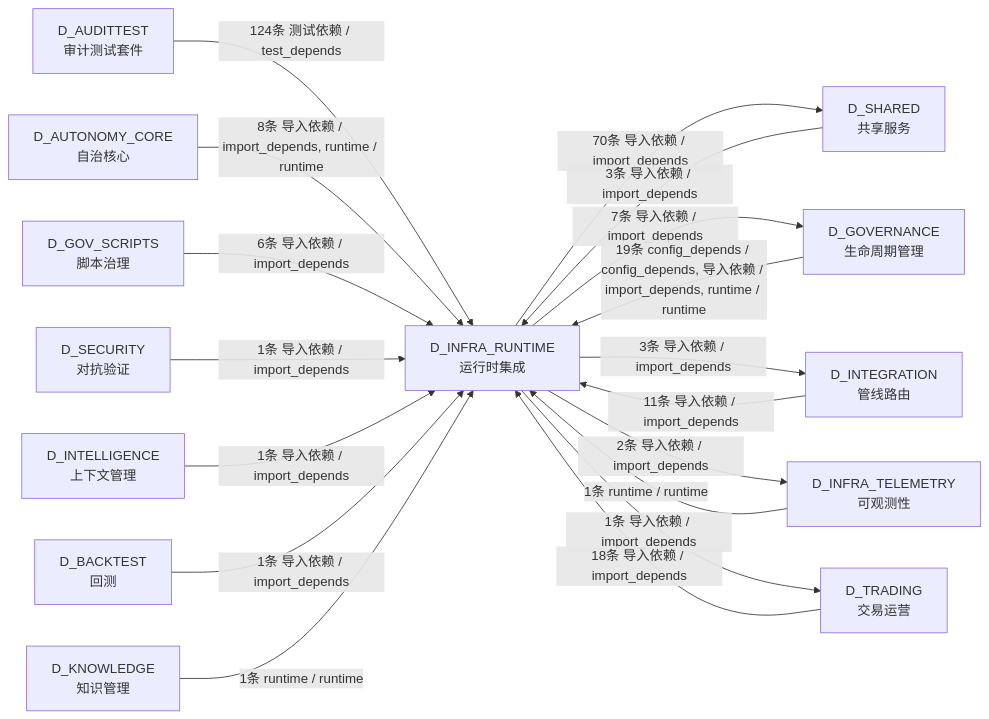
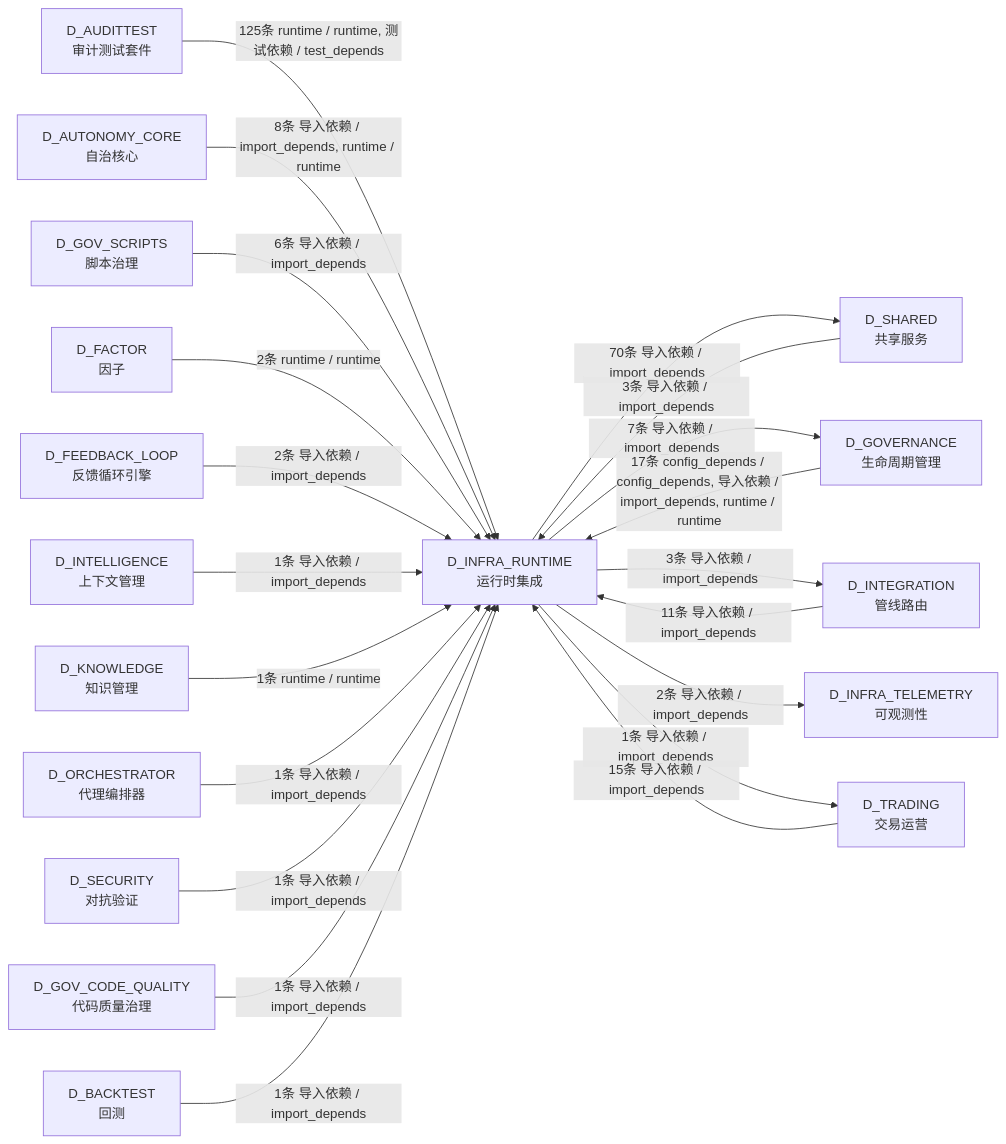
The ninth of 9 diagrams in docs/02_enterprise_architecture/02_domain_architecture_docs/04_d_infra_runtime.md (xuanFelixVan/ZephyrAlpha), drawn with Mermaid before and after one commit. The commit also changed other lines of this file and 85 other files, not shown here.

````diff
--- a/docs/02_enterprise_architecture/02_domain_architecture_docs/04_d_infra_runtime.md
+++ b/docs/02_enterprise_architecture/02_domain_architecture_docs/04_d_infra_runtime.md
@@ -1307,33 +1314,40 @@
 ```mermaid
 graph LR
     D_INFRA_RUNTIME["D_INFRA_RUNTIME<br/>运行时集成"]
     D_SHARED["D_SHARED<br/>共享服务"]
     D_GOVERNANCE["D_GOVERNANCE<br/>生命周期管理"]
     D_INTEGRATION["D_INTEGRATION<br/>管线路由"]
     D_INFRA_TELEMETRY["D_INFRA_TELEMETRY<br/>可观测性"]
     D_TRADING["D_TRADING<br/>交易运营"]
     D_AUDITTEST["D_AUDITTEST<br/>审计测试套件"]
     D_AUTONOMY_CORE["D_AUTONOMY_CORE<br/>自治核心"]
     D_GOV_SCRIPTS["D_GOV_SCRIPTS<br/>脚本治理"]
+    D_FACTOR["D_FACTOR<br/>因子"]
+    D_FEEDBACK_LOOP["D_FEEDBACK_LOOP<br/>反馈循环引擎"]
+    D_INTELLIGENCE["D_INTELLIGENCE<br/>上下文管理"]
+    D_KNOWLEDGE["D_KNOWLEDGE<br/>知识管理"]
+    D_ORCHESTRATOR["D_ORCHESTRATOR<br/>代理编排器"]
     D_SECURITY["D_SECURITY<br/>对抗验证"]
-    D_INTELLIGENCE["D_INTELLIGENCE<br/>上下文管理"]
+    D_GOV_CODE_QUALITY["D_GOV_CODE_QUALITY<br/>代码质量治理"]
     D_BACKTEST["D_BACKTEST<br/>回测"]
-    D_KNOWLEDGE["D_KNOWLEDGE<br/>知识管理"]
     D_INFRA_RUNTIME -->|70条 导入依赖 / import_depends| D_SHARED
     D_INFRA_RUNTIME -->|7条 导入依赖 / import_depends| D_GOVERNANCE
     D_INFRA_RUNTIME -->|3条 导入依赖 / import_depends| D_INTEGRATION
     D_INFRA_RUNTIME -->|2条 导入依赖 / import_depends| D_INFRA_TELEMETRY
     D_INFRA_RUNTIME -->|1条 导入依赖 / import_depends| D_TRADING
-    D_AUDITTEST -->|124条 测试依赖 / test_depends| D_INFRA_RUNTIME
-    D_GOVERNANCE -->|19条 config_depends / config_depends, 导入依赖 / import_depends, runtime / runtime| D_INFRA_RUNTIME
-    D_TRADING -->|18条 导入依赖 / import_depends| D_INFRA_RUNTIME
+    D_AUDITTEST -->|125条 runtime / runtime, 测试依赖 / test_depends| D_INFRA_RUNTIME
+    D_GOVERNANCE -->|17条 config_depends / config_depends, 导入依赖 / import_depends, runtime / runtime| D_INFRA_RUNTIME
+    D_TRADING -->|15条 导入依赖 / import_depends| D_INFRA_RUNTIME
     D_INTEGRATION -->|11条 导入依赖 / import_depends| D_INFRA_RUNTIME
     D_AUTONOMY_CORE -->|8条 导入依赖 / import_depends, runtime / runtime| D_INFRA_RUNTIME
     D_GOV_SCRIPTS -->|6条 导入依赖 / import_depends| D_INFRA_RUNTIME
     D_SHARED -->|3条 导入依赖 / import_depends| D_INFRA_RUNTIME
+    D_FACTOR -->|2条 runtime / runtime| D_INFRA_RUNTIME
+    D_FEEDBACK_LOOP -->|2条 导入依赖 / import_depends| D_INFRA_RUNTIME
+    D_INTELLIGENCE -->|1条 导入依赖 / import_depends| D_INFRA_RUNTIME
+    D_KNOWLEDGE -->|1条 runtime / runtime| D_INFRA_RUNTIME
+    D_ORCHESTRATOR -->|1条 导入依赖 / import_depends| D_INFRA_RUNTIME
     D_SECURITY -->|1条 导入依赖 / import_depends| D_INFRA_RUNTIME
-    D_INTELLIGENCE -->|1条 导入依赖 / import_depends| D_INFRA_RUNTIME
-    D_INFRA_TELEMETRY -->|1条 runtime / runtime| D_INFRA_RUNTIME
+    D_GOV_CODE_QUALITY -->|1条 导入依赖 / import_depends| D_INFRA_RUNTIME
     D_BACKTEST -->|1条 导入依赖 / import_depends| D_INFRA_RUNTIME
-    D_KNOWLEDGE -->|1条 runtime / runtime| D_INFRA_RUNTIME
 ```
````
